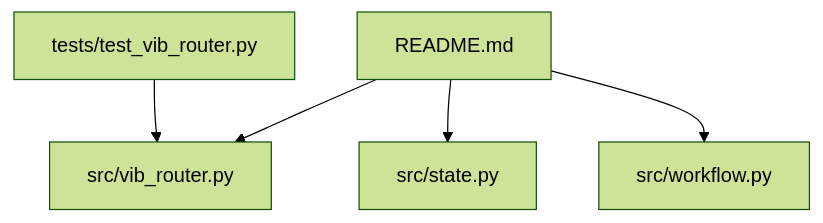
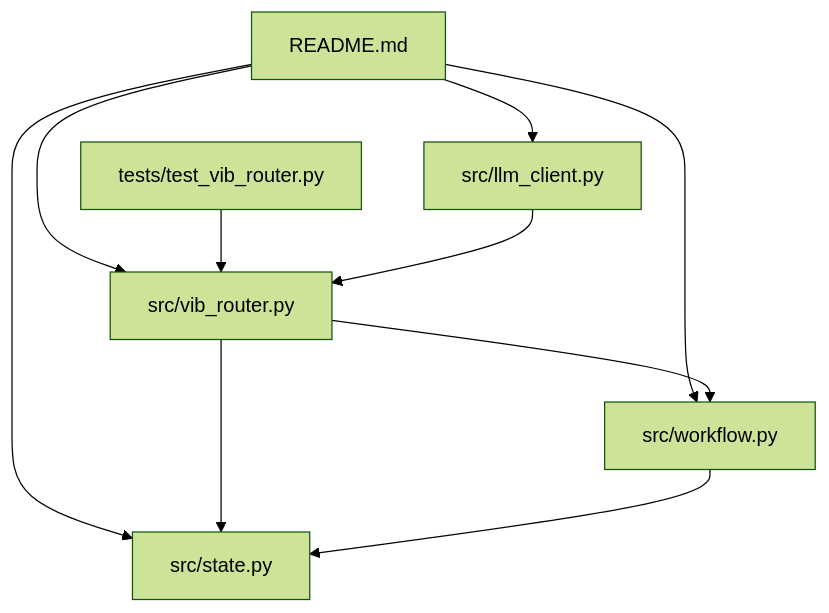
One commit to QuStarry/VIB-SparseCommunication changed the first of 7 diagrams in .qoder/repowiki/zh/content/API参考文档/API参考文档.md. Above: the diagram before and after it, drawn with Mermaid (forest theme). The commit also changed other lines of this file and 28 other files, not shown here.

````diff
--- a/.qoder/repowiki/zh/content/API参考文档/API参考文档.md
+++ b/.qoder/repowiki/zh/content/API参考文档/API参考文档.md
@@ -35,7 +45,12 @@
 ```mermaid
 graph TB
-A["README.md"] --> B["src/vib_router.py"]
-A --> C["src/state.py"]
-A --> D["src/workflow.py"]
-E["tests/test_vib_router.py"] --> B
+A["README.md"] --> B["src/llm_client.py"]
+A --> C["src/vib_router.py"]
+A --> D["src/state.py"]
+A --> E["src/workflow.py"]
+F["tests/test_vib_router.py"] --> C
+B --> C
+C --> D
+C --> E
+E --> D
 ```
````
